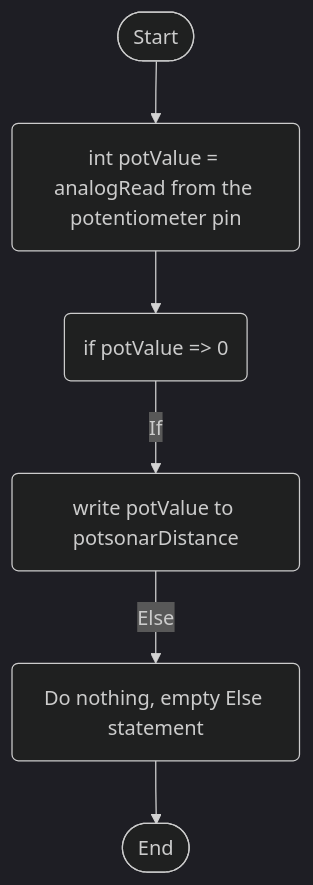
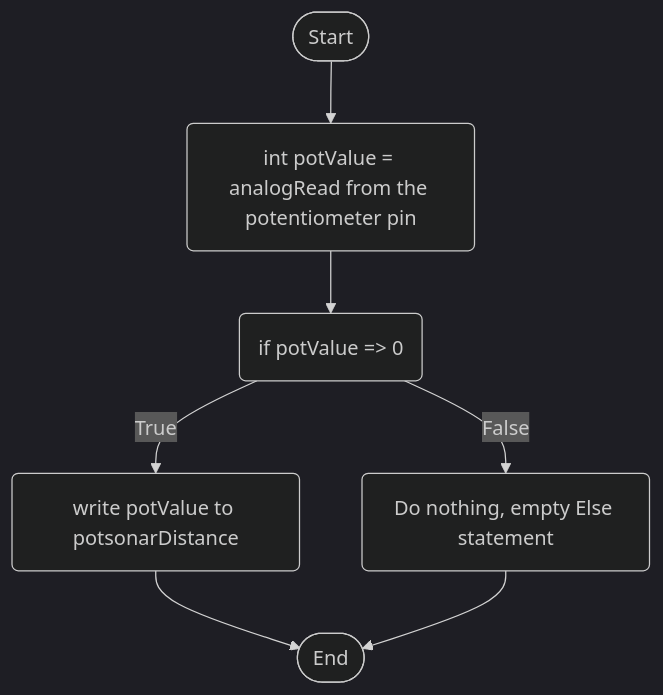
One commit to 4060269/SmartWorkstationAssessment3 changed the diagram in Flowcharts/potentiometerLogic.md. Above: the diagram before and after it, drawn with Mermaid (dark theme).

````diff
--- a/Flowcharts/potentiometerLogic.md
+++ b/Flowcharts/potentiometerLogic.md
@@ -3,15 +3,16 @@
 ```mermaid
 flowchart TD
 terminalStart([Start])
 terminalEnd([End])
 setVariable(int potValue = analogRead from the potentiometer pin)
 activatePotentiometer0(if potValue => 0)
 activatePotentiometer1(write potValue to potsonarDistance)
 activatePotentiometer2(Do nothing, empty Else statement)
 
 terminalStart --> setVariable
 setVariable --> activatePotentiometer0
-activatePotentiometer0 --> |If| activatePotentiometer1
-activatePotentiometer1 --> |Else| activatePotentiometer2 
+activatePotentiometer0 --> |True| activatePotentiometer1
+activatePotentiometer0--> |False| activatePotentiometer2 
+activatePotentiometer1 --> terminalEnd
 activatePotentiometer2 --> terminalEnd
 ```
````
